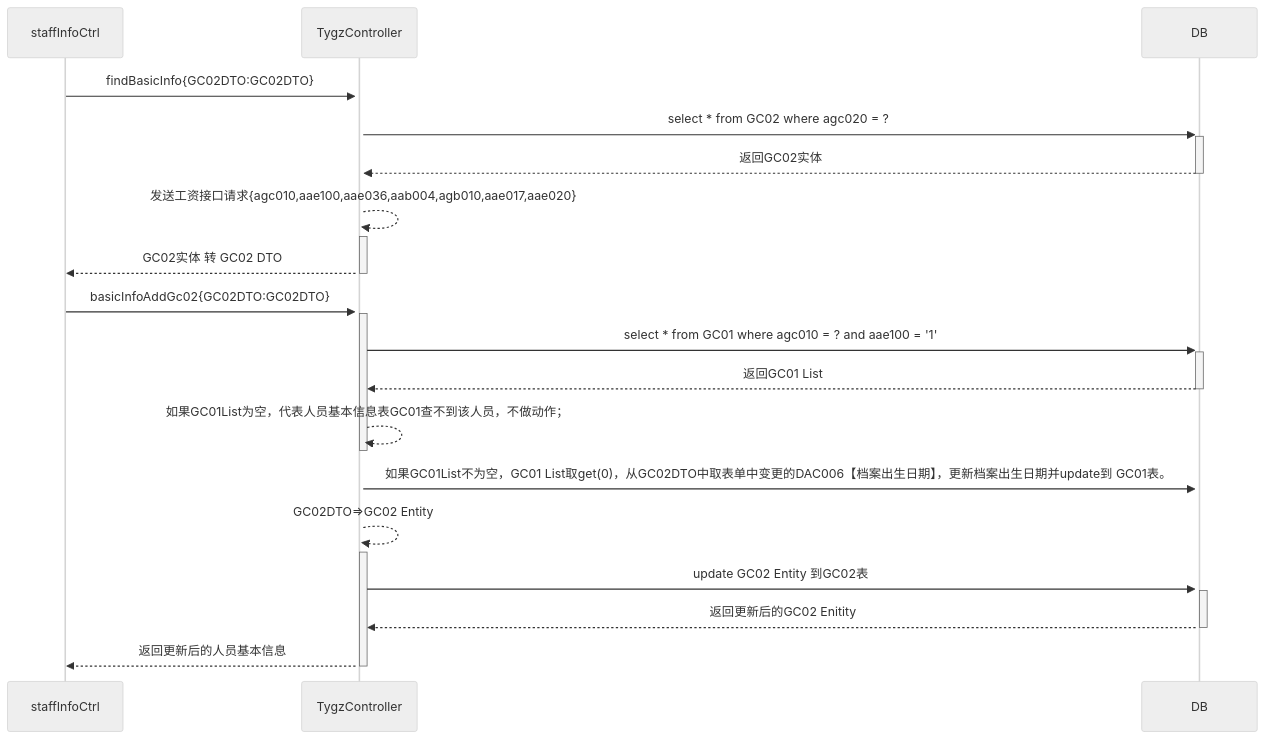
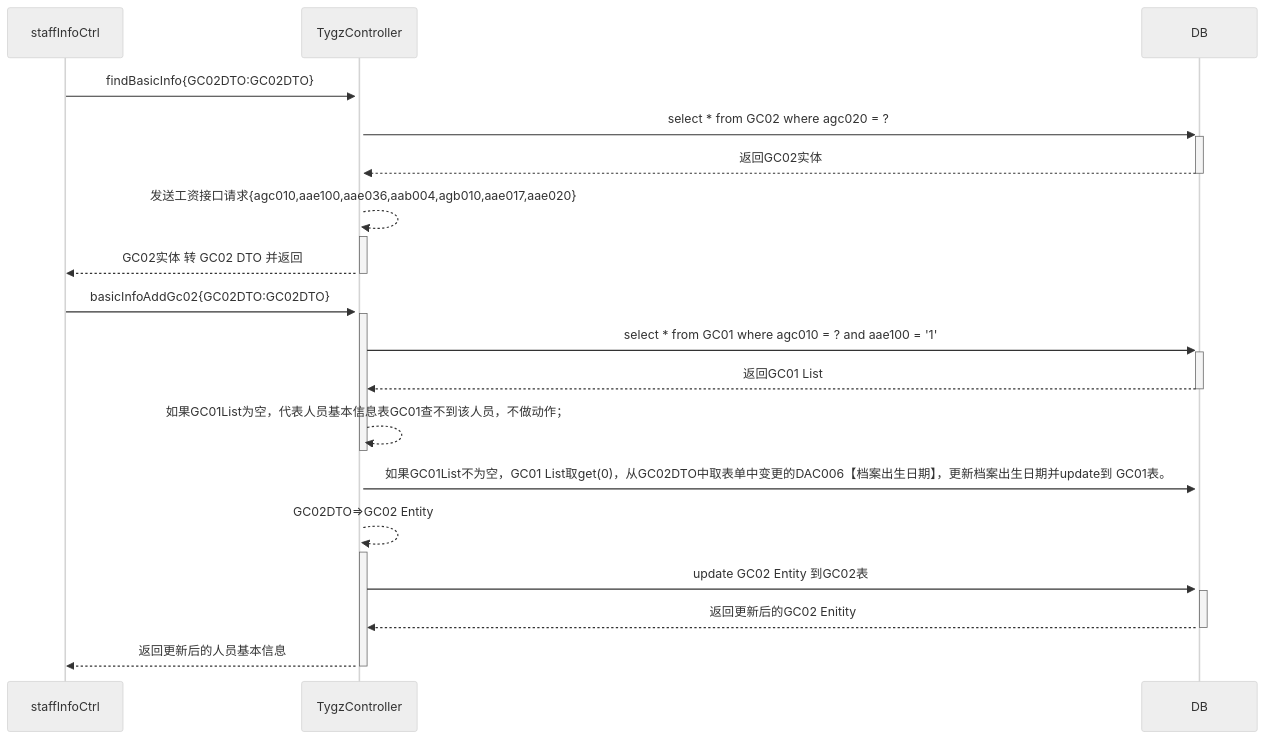
The diagram in all/未命名-1.md (ZhangJianBeiJing/iodraw-files), drawn with Mermaid (neutral theme) before and after one commit.

Commit message:
2025-03-24 18:12:32 update

````diff
--- a/all/未命名-1.md
+++ b/all/未命名-1.md
@@ -1,22 +1,23 @@
 ```mermaid
 sequenceDiagram
     staffInfoCtrl->>+TygzController:findBasicInfo{GC02DTO:GC02DTO}
     TygzController->>+DB:select * from GC02 where agc020 = ?
     DB-->>-TygzController:返回GC02实体
     TygzController-->>+TygzController:发送工资接口请求{agc010,aae100,aae036,aab004,agb010,aae017,aae020}
-    TygzController-->>-staffInfoCtrl:GC02实体 转 GC02 DTO
+    TygzController-->>-staffInfoCtrl:GC02实体 转 GC02 DTO 并返回
 
     staffInfoCtrl->>+TygzController:basicInfoAddGc02{GC02DTO:GC02DTO}
     TygzController->>+DB:select * from GC01 where agc010 = ? and aae100 = '1'
     DB-->>-TygzController:返回GC01 List
     TygzController-->>-TygzController:如果GC01List为空，代表人员基本信息表GC01查不到该人员，不做动作；
     TygzController->>+DB:如果GC01List不为空，GC01 List取get(0)，从GC02DTO中取表单中变更的DAC006【档案出生日期】，更新档案出生日期并update到 GC01表。
     TygzController-->>+TygzController:GC02DTO=>GC02 Entity
     TygzController->>+DB:update GC02 Entity 到GC02表
     DB-->>-TygzController:返回更新后的GC02 Enitity
     TygzController-->>-staffInfoCtrl:返回更新后的人员基本信息
+    
 
 
 
 
 ```
````
